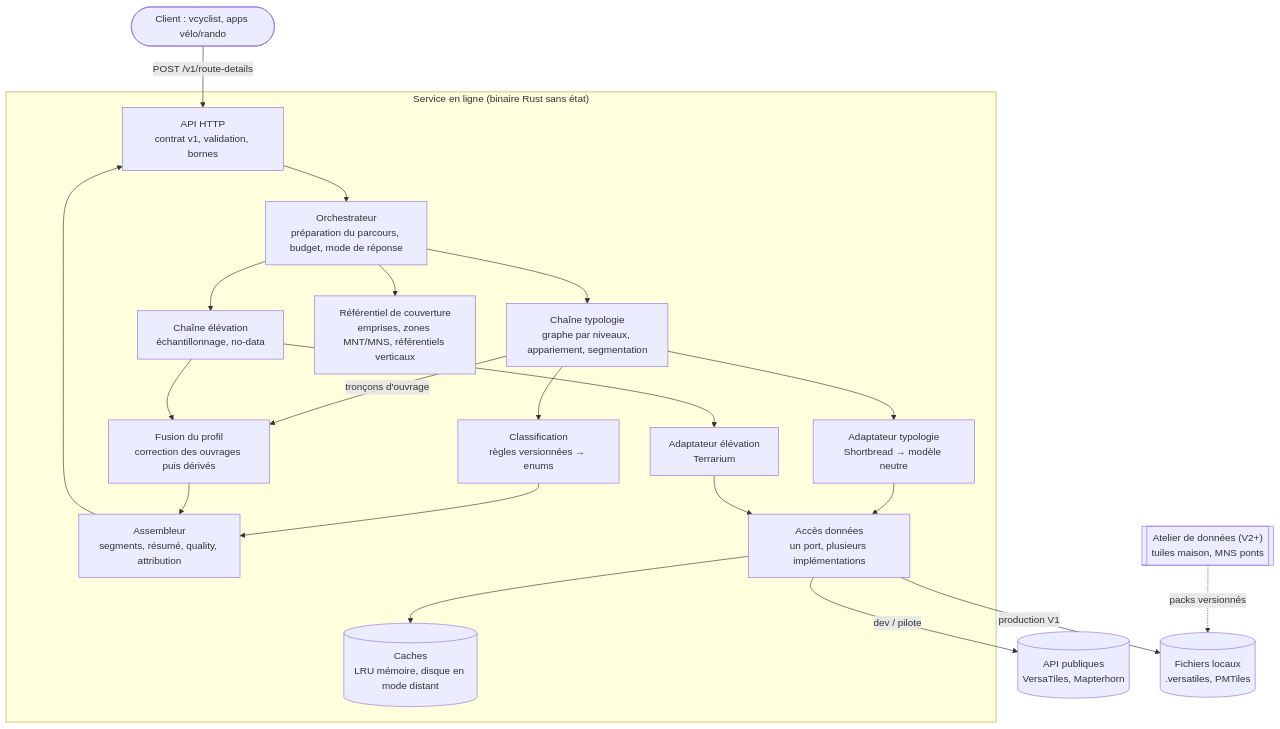
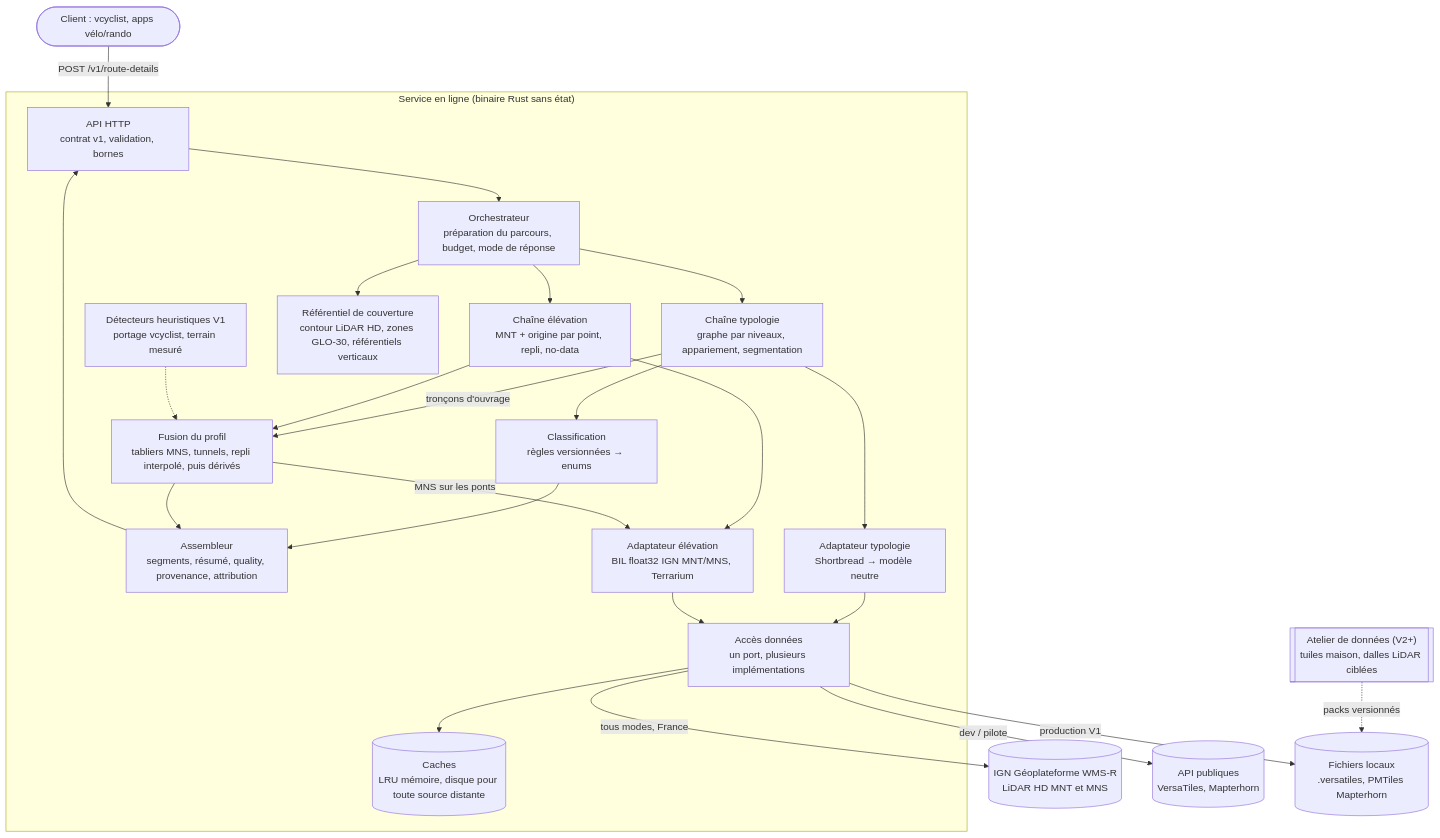
Before and after one commit to glandais/osm-route-details: the diagram in docs/design/01-conception-generale.md, drawn with Mermaid. The commit also changed other lines of this file and 2 other files, not shown here.

First line of the commit message:
docs(design): aligner la conception sur vcyclist 6.11

````diff
--- a/docs/design/01-conception-generale.md
+++ b/docs/design/01-conception-generale.md
@@ -81,26 +101,29 @@
 ```mermaid
 flowchart TB
     client([Client : vcyclist, apps vélo/rando]) -->|POST /v1/route-details| api
 
     subgraph service["Service en ligne (binaire Rust sans état)"]
         api[API HTTP<br/>contrat v1, validation, bornes] --> orch[Orchestrateur<br/>préparation du parcours, budget, mode de réponse]
         orch --> typo[Chaîne typologie<br/>graphe par niveaux, appariement, segmentation]
-        orch --> elev[Chaîne élévation<br/>échantillonnage, no-data]
-        orch --> couv[Référentiel de couverture<br/>emprises, zones MNT/MNS, référentiels verticaux]
+        orch --> elev[Chaîne élévation<br/>MNT + origine par point, repli, no-data]
+        orch --> couv[Référentiel de couverture<br/>contour LiDAR HD, zones GLO-30, référentiels verticaux]
         typo --> classif[Classification<br/>règles versionnées → enums]
         typo -->|tronçons d'ouvrage| fusion
-        elev --> fusion[Fusion du profil<br/>correction des ouvrages puis dérivés]
+        elev --> fusion[Fusion du profil<br/>tabliers MNS, tunnels, repli interpolé, puis dérivés]
+        heur[Détecteurs heuristiques V1<br/>portage vcyclist, terrain mesuré] -.-> fusion
         classif --> asm
-        fusion --> asm[Assembleur<br/>segments, résumé, quality, attribution]
+        fusion --> asm[Assembleur<br/>segments, résumé, quality, provenance, attribution]
         asm --> api
         typo --> srcT[Adaptateur typologie<br/>Shortbread → modèle neutre]
-        elev --> srcE[Adaptateur élévation<br/>Terrarium]
+        elev --> srcE[Adaptateur élévation<br/>BIL float32 IGN MNT/MNS, Terrarium]
+        fusion -->|MNS sur les ponts| srcE
         srcT --> acc[Accès données<br/>un port, plusieurs implémentations]
         srcE --> acc
-        acc --> cache[(Caches<br/>LRU mémoire, disque en mode distant)]
+        acc --> cache[(Caches<br/>LRU mémoire, disque pour toute source distante)]
     end
 
+    acc -->|tous modes, France| ign[(IGN Géoplateforme WMS-R<br/>LiDAR HD MNT et MNS)]
     acc -->|dev / pilote| pub[(API publiques<br/>VersaTiles, Mapterhorn)]
-    acc -->|production V1| files[(Fichiers locaux<br/>.versatiles, PMTiles)]
-    atelier[["Atelier de données (V2+)<br/>tuiles maison, MNS ponts"]] -.->|packs versionnés| files
+    acc -->|production V1| files[(Fichiers locaux<br/>.versatiles, PMTiles Mapterhorn)]
+    atelier[["Atelier de données (V2+)<br/>tuiles maison, dalles LiDAR ciblées"]] -.->|packs versionnés| files
 ```
````
